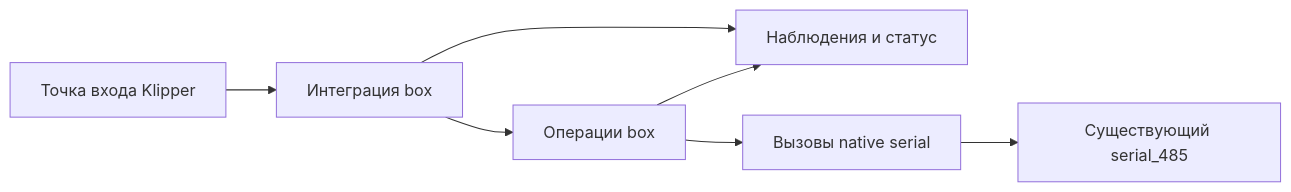
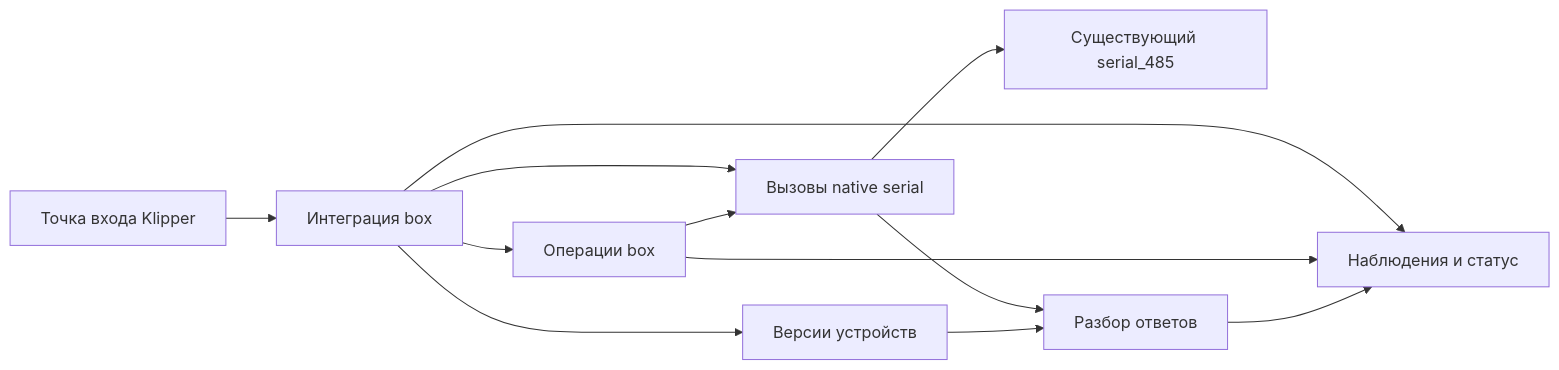
One commit to truestealth/cfs_klipper changed the diagram in docs/architecture.ru.md. Above: the diagram before and after it, drawn with Mermaid. The commit also changed other lines of this file and 20 other files, not shown here.

Commit message:
feat: integrate native serial and per-device CFS profiles

````diff
--- a/docs/architecture.ru.md
+++ b/docs/architecture.ru.md
@@ -36,9 +40,14 @@
 ```mermaid
 flowchart LR
     Entry[Точка входа Klipper] --> Box[Интеграция box]
     Box --> Operations[Операции box]
     Box --> State[Наблюдения и статус]
+    Box --> Native[Вызовы native serial]
+    Box --> Versions[Версии устройств]
     Operations --> State
-    Operations --> Native[Вызовы native serial]
+    Operations --> Native
     Native --> Stock[Существующий serial_485]
+    Native --> Decoder[Разбор ответов]
+    Versions --> Decoder
+    Decoder --> State
 ```
````
